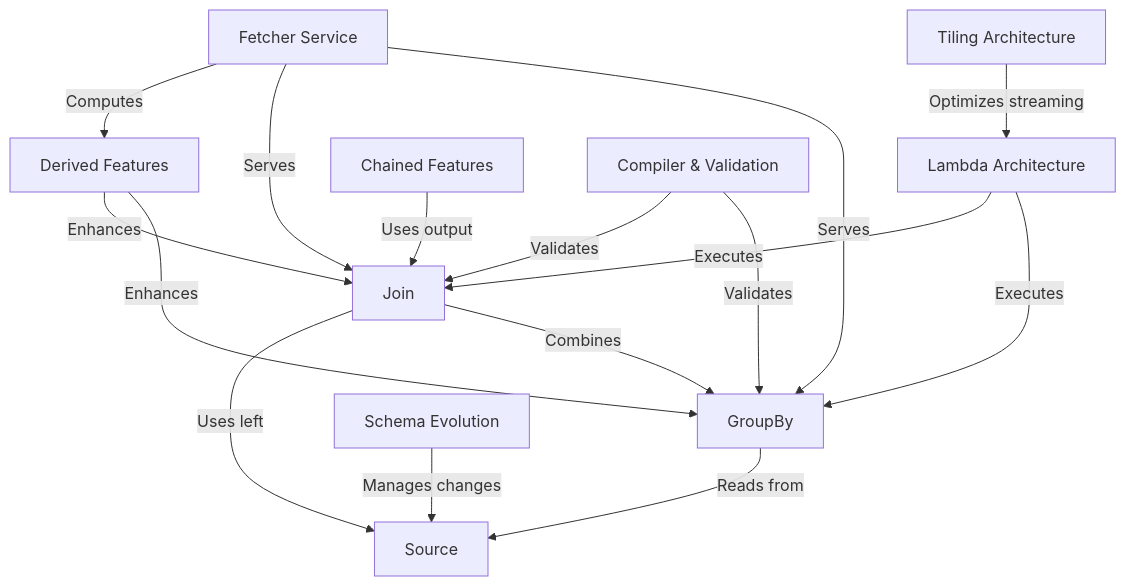
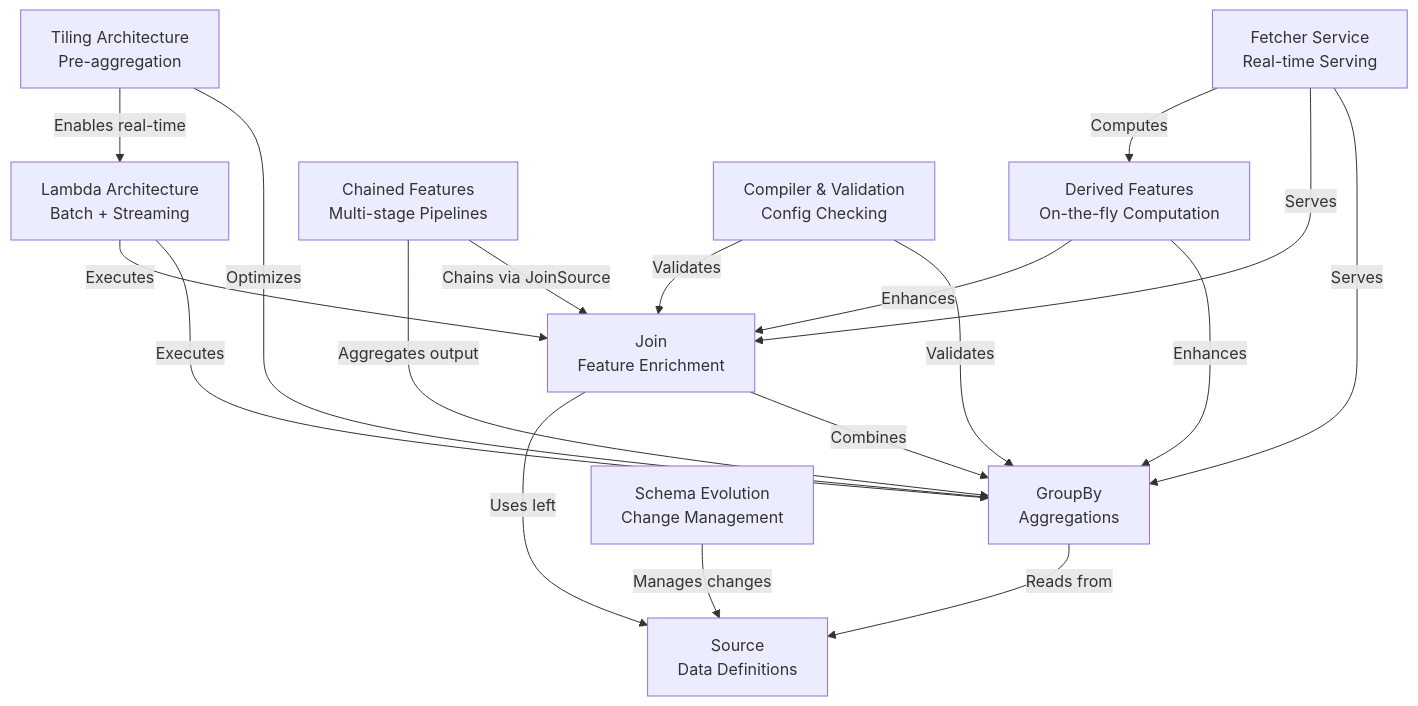
Before and after one commit to lsgrep/chronon-knowledge-graph: the diagram in README.md, drawn with Mermaid. The commit also changed other lines of this file and 10 other files, not shown here.

````diff
--- a/README.md
+++ b/README.md
@@ -8,38 +5,31 @@
 ```mermaid
 flowchart TD
-    A0["GroupBy
-"]
-    A1["Join
-"]
-    A2["Source
-"]
-    A3["Lambda Architecture
-"]
-    A4["Derived Features
-"]
-    A5["Chained Features
-"]
-    A6["Fetcher Service
-"]
-    A7["Tiling Architecture
-"]
-    A8["Compiler & Validation
-"]
-    A9["Schema Evolution
-"]
+    A0["GroupBy<br/>Aggregations"]
+    A1["Join<br/>Feature Enrichment"]
+    A2["Source<br/>Data Definitions"]
+    A3["Lambda Architecture<br/>Batch + Streaming"]
+    A4["Derived Features<br/>On-the-fly Computation"]
+    A5["Chained Features<br/>Multi-stage Pipelines"]
+    A6["Fetcher Service<br/>Real-time Serving"]
+    A7["Tiling Architecture<br/>Pre-aggregation"]
+    A8["Compiler & Validation<br/>Config Checking"]
+    A9["Schema Evolution<br/>Change Management"]
+    
     A0 -- "Reads from" --> A2
     A1 -- "Combines" --> A0
     A1 -- "Uses left" --> A2
     A3 -- "Executes" --> A0
     A3 -- "Executes" --> A1
     A4 -- "Enhances" --> A0
     A4 -- "Enhances" --> A1
-    A5 -- "Uses output" --> A1
+    A5 -- "Chains via JoinSource" --> A1
+    A5 -- "Aggregates output" --> A0
     A6 -- "Serves" --> A0
     A6 -- "Serves" --> A1
     A6 -- "Computes" --> A4
-    A7 -- "Optimizes streaming" --> A3
+    A7 -- "Optimizes" --> A0
+    A7 -- "Enables real-time" --> A3
     A8 -- "Validates" --> A0
     A8 -- "Validates" --> A1
     A9 -- "Manages changes" --> A2
 ```
````
